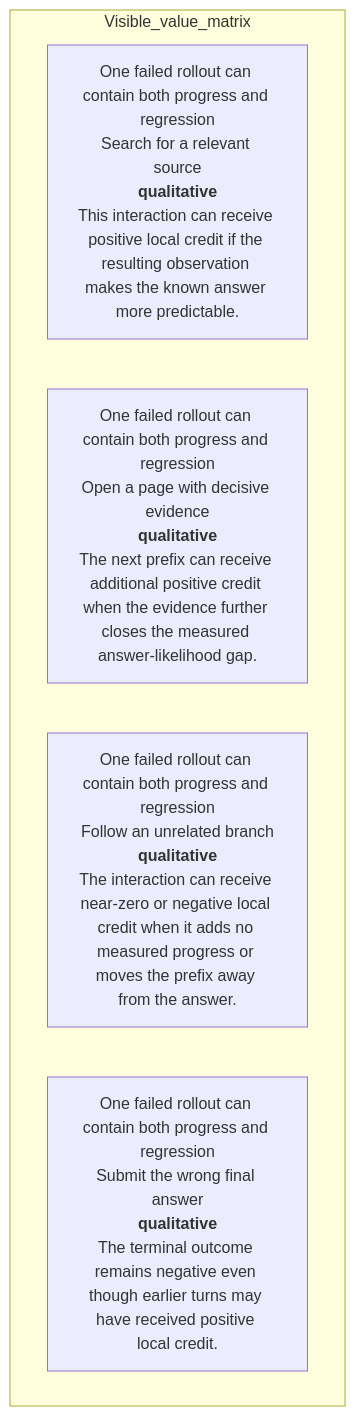
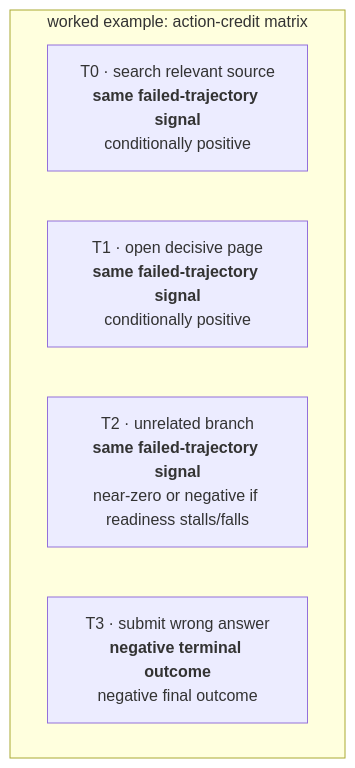
Diagram 26 of 48 in docs/visual-manifests/VISUAL_MANIFEST_TRACE.md (Betancourt1/paper_atlas), drawn with Mermaid before and after one commit. The commit also changed other lines of this file and 7 other files, not shown here.

````diff
--- a/docs/visual-manifests/VISUAL_MANIFEST_TRACE.md
+++ b/docs/visual-manifests/VISUAL_MANIFEST_TRACE.md
@@ -2145,9 +2267,9 @@
 ```mermaid
 flowchart TB
-  subgraph Visible_value_matrix
-    r1["One failed rollout can contain both progress and regression<br/>Search for a relevant source<br/><b>qualitative</b><br/>This interaction can receive positive local credit if the resulting observation makes the known answer more predictable."]
-    r2["One failed rollout can contain both progress and regression<br/>Open a page with decisive evidence<br/><b>qualitative</b><br/>The next prefix can receive additional positive credit when the evidence further closes the measured answer-likelihood gap."]
-    r3["One failed rollout can contain both progress and regression<br/>Follow an unrelated branch<br/><b>qualitative</b><br/>The interaction can receive near-zero or negative local credit when it adds no measured progress or moves the prefix away from the answer."]
-    r4["One failed rollout can contain both progress and regression<br/>Submit the wrong final answer<br/><b>qualitative</b><br/>The terminal outcome remains negative even though earlier turns may have received positive local credit."]
+  subgraph Ledger["worked example: action-credit matrix"]
+    r1["T0 · search relevant source<br/><b>same failed-trajectory signal</b><br/>conditionally positive"]
+    r2["T1 · open decisive page<br/><b>same failed-trajectory signal</b><br/>conditionally positive"]
+    r3["T2 · unrelated branch<br/><b>same failed-trajectory signal</b><br/>near-zero or negative if readiness stalls/falls"]
+    r4["T3 · submit wrong answer<br/><b>negative terminal outcome</b><br/>negative final outcome"]
   end
 ```
````
